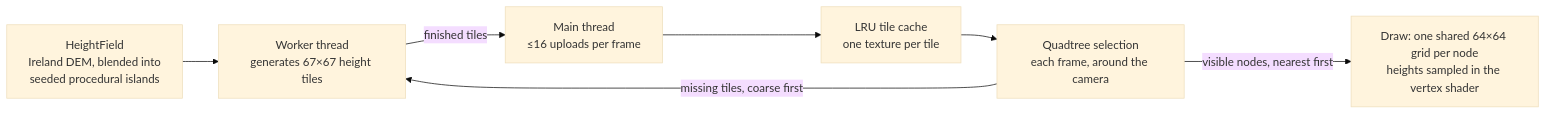
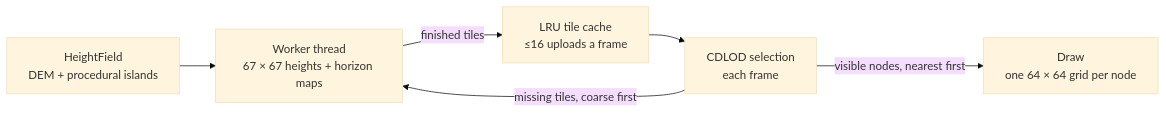
Before and after one commit to leahweldon/emerald-isle: the second of 2 diagrams in README.md, drawn with Mermaid (base theme). The commit also changed other lines of this file and 12 other files, not shown here.

````diff
--- a/README.md
+++ b/README.md
@@ -53,9 +58,8 @@
 ```mermaid
 flowchart LR
-    H["HeightField<br/>Ireland DEM, blended into<br/>seeded procedural islands"] --> W["Worker thread<br/>generates 67×67 height tiles"]
-    Q["Quadtree selection<br/>each frame, around the camera"] -- missing tiles, coarse first --> W
-    W -- finished tiles --> U["Main thread<br/>≤16 uploads per frame"]
-    U --> C["LRU tile cache<br/>one texture per tile"]
+    H["HeightField<br/>DEM + procedural islands"] --> W["Worker thread<br/>67 × 67 heights + horizon maps"]
+    Q["CDLOD selection<br/>each frame"] -- "missing tiles, coarse first" --> W
+    W -- "finished tiles" --> C["LRU tile cache<br/>≤16 uploads a frame"]
     C --> Q
-    Q -- visible nodes, nearest first --> D["Draw: one shared 64×64 grid per node<br/>heights sampled in the vertex shader"]
+    Q -- "visible nodes, nearest first" --> D["Draw<br/>one 64 × 64 grid per node"]
 ```
````
